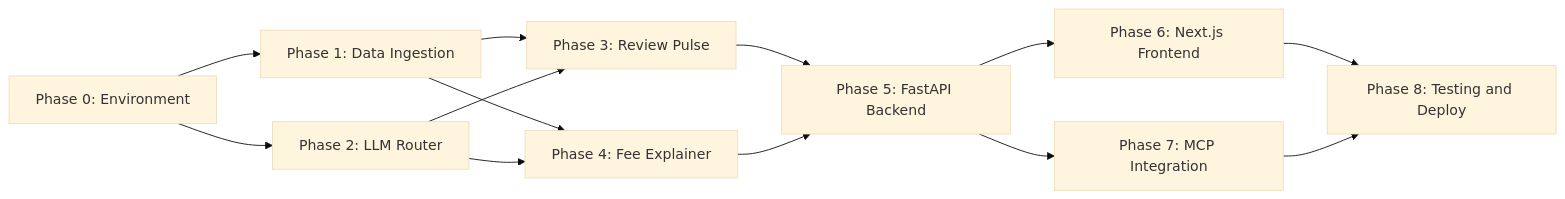
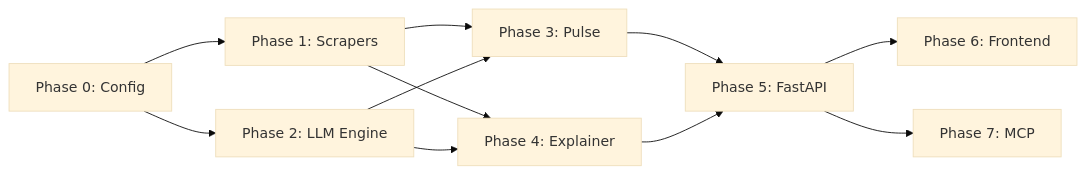
Before and after one commit to swayam-kr/M2_MCP_AI_Automation: the third of 11 diagrams in architecture.md, drawn with Mermaid (base theme). The commit also changed other lines of this file and 1 other file, not shown here.

Commit message:
Docs: rewrite architecture.md as portfolio playbook + create API_DOCS.md with endpoint specs, MCP protocol, and LLM internals

````diff
--- a/architecture.md
+++ b/architecture.md
@@ -101,15 +128,13 @@
 ```mermaid
 graph LR
-    P0["Phase 0: Environment"] --> P1["Phase 1: Data Ingestion"]
-    P0 --> P2["Phase 2: LLM Router"]
-    P1 --> P3["Phase 3: Review Pulse"]
+    P0["Phase 0: Config"] --> P1["Phase 1: Scrapers"]
+    P0 --> P2["Phase 2: LLM Engine"]
+    P1 --> P3["Phase 3: Pulse"]
     P2 --> P3
-    P1 --> P4["Phase 4: Fee Explainer"]
+    P1 --> P4["Phase 4: Explainer"]
     P2 --> P4
-    P3 --> P5["Phase 5: FastAPI Backend"]
+    P3 --> P5["Phase 5: FastAPI"]
     P4 --> P5
-    P5 --> P6["Phase 6: Next.js Frontend"]
-    P5 --> P7["Phase 7: MCP Integration"]
-    P6 --> P8["Phase 8: Testing and Deploy"]
-    P7 --> P8
+    P5 --> P6["Phase 6: Frontend"]
+    P5 --> P7["Phase 7: MCP"]
 ```
````
